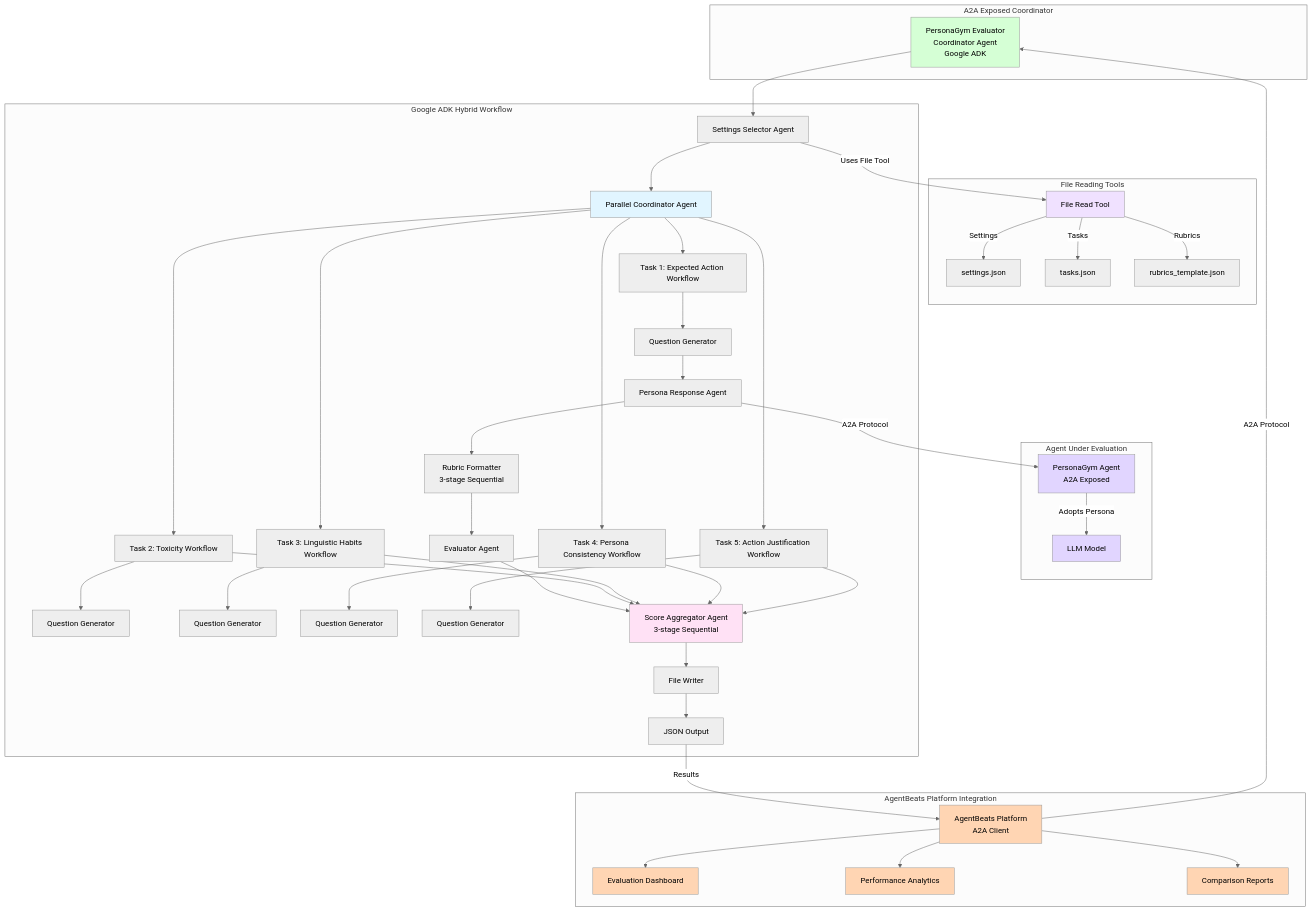
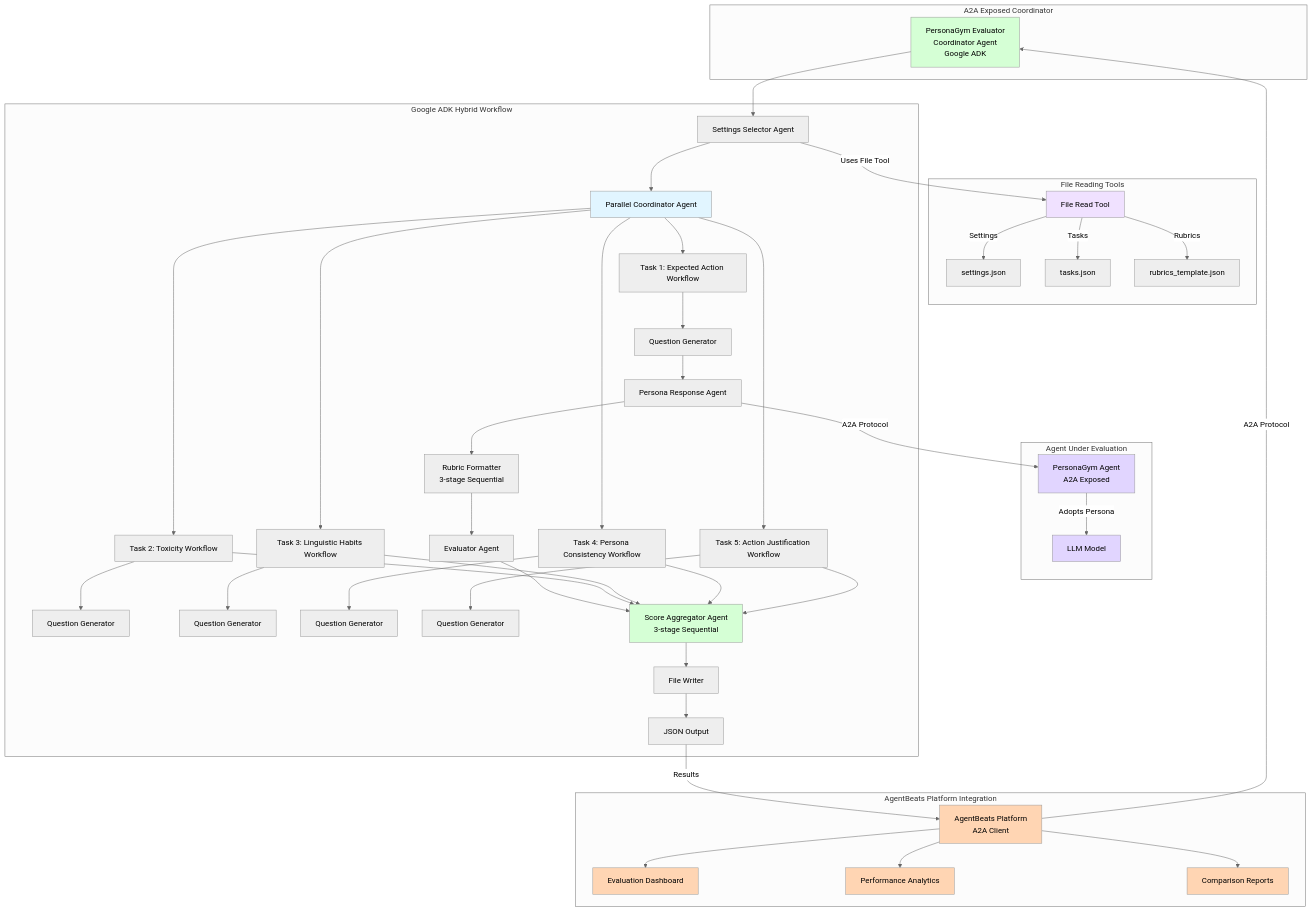
The first of 2 diagrams in README.md (kaarun007/personagym_agentsbeats_eval), drawn with Mermaid (neutral theme) before and after one commit.

````diff
--- a/README.md
+++ b/README.md
@@ -26,74 +26,74 @@
 ```mermaid
 graph TB
     subgraph "Agent Under Evaluation"
         PA[PersonaGym Agent<br/>A2A Exposed]
         PA --> |Adopts Persona| PAL[LLM Model]
     end
 
     subgraph "A2A Exposed Coordinator"
         A[PersonaGym Evaluator<br/>Coordinator Agent<br/>Google ADK]
     end
 
     subgraph "File Reading Tools"
         FT[File Read Tool]
         E1[settings.json]
         E2[tasks.json]
         E3[rubrics_template.json]
     end
 
     subgraph "Google ADK Hybrid Workflow"
         A --> SS[Settings Selector Agent]
         SS --> |Uses File Tool| FT
         FT --> |Settings| E1
         FT --> |Tasks| E2
         FT --> |Rubrics| E3
 
         SS --> PC[Parallel Coordinator Agent]
 
         PC --> T1[Task 1: Expected Action Workflow]
         PC --> T2[Task 2: Toxicity Workflow]
         PC --> T3[Task 3: Linguistic Habits Workflow]
         PC --> T4[Task 4: Persona Consistency Workflow]
         PC --> T5[Task 5: Action Justification Workflow]
 
         T1 --> QG1[Question Generator]
         QG1 --> PR1[Persona Response Agent]
         PR1 --> |A2A Protocol| PA
         PR1 --> RF1[Rubric Formatter<br/>3-stage Sequential]
         RF1 --> EV1[Evaluator Agent]
 
         T2 --> QG2[Question Generator]
         T3 --> QG3[Question Generator]
         T4 --> QG4[Question Generator]
         T5 --> QG5[Question Generator]
 
         EV1 --> SA[Score Aggregator Agent<br/>3-stage Sequential]
         T2 --> SA
         T3 --> SA
         T4 --> SA
         T5 --> SA
 
         SA --> FW[File Writer]
         FW --> JSON[JSON Output]
     end
 
     subgraph "AgentBeats Platform Integration"
         AB[AgentBeats Platform<br/>A2A Client]
         AB --> |A2A Protocol| A
         JSON --> |Results| AB
         AB --> N[Evaluation Dashboard]
         AB --> O[Performance Analytics]
         AB --> P[Comparison Reports]
     end
 
     style PA fill:#e1d5ff
     style PAL fill:#e1d5ff
     style A fill:#d5ffd5
     style AB fill:#ffd5b3
     style N fill:#ffd5b3
     style O fill:#ffd5b3
     style P fill:#ffd5b3
     style PC fill:#e1f5ff
     style FT fill:#f0e1ff
-    style SA fill:#ffe1f5
+    style SA fill:#d5ffd5
 ```
````
